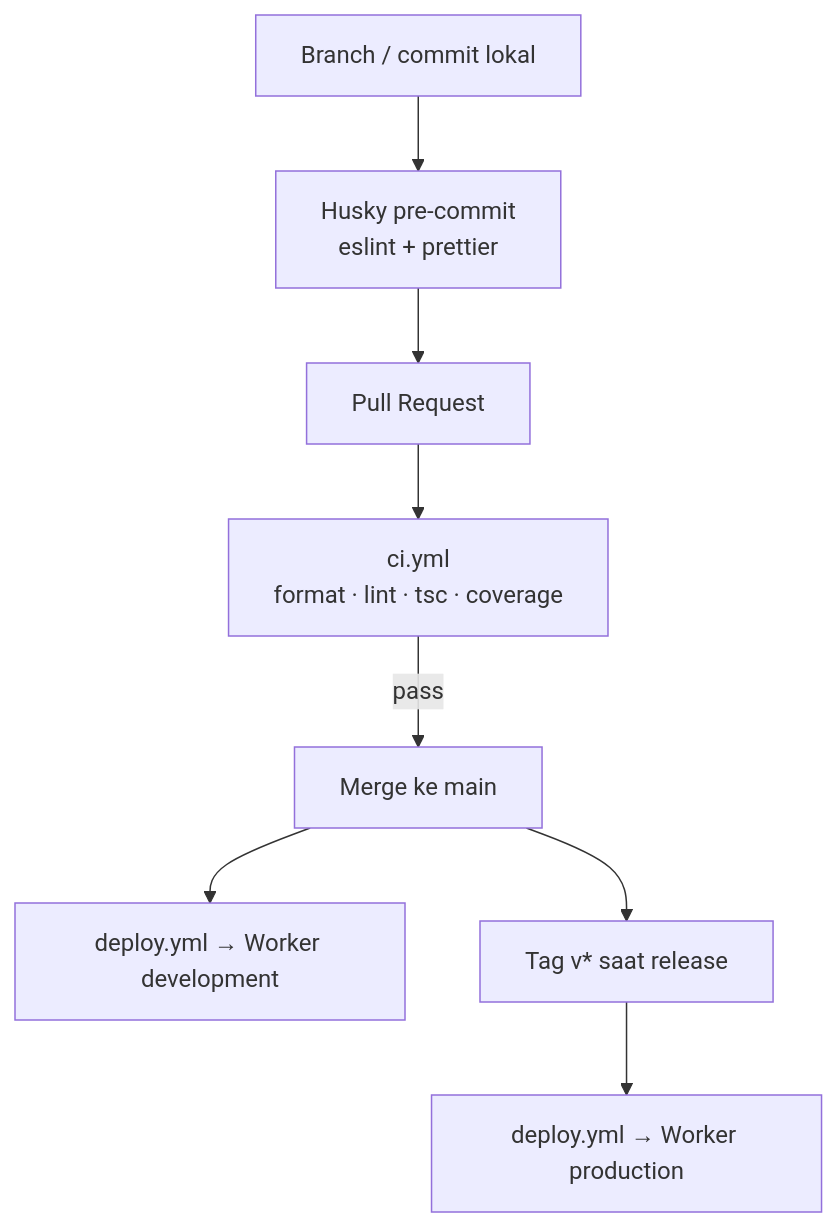
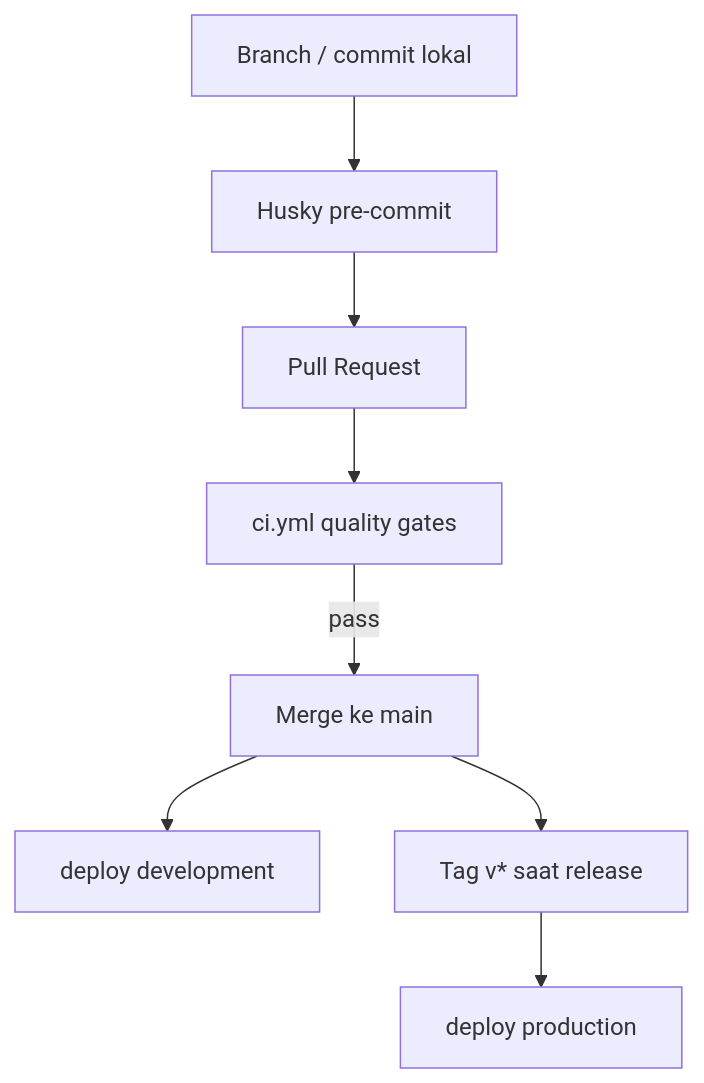
Before and after one commit to Capstone-Project-Team-B-2026/docs: the third of 3 diagrams in docs/sdlc.md, drawn with Mermaid. The commit also changed other lines of this file and 12 other files, not shown here.

First line of the commit message:
docs: lock v1.0 — face on-device, ERD, NFR, testing, and board hygiene

````diff
--- a/docs/sdlc.md
+++ b/docs/sdlc.md
@@ -210,10 +203,10 @@
 ```mermaid
 flowchart TB
-  Dev[Branch / commit lokal] --> Hook[Husky pre-commit<br/>eslint + prettier]
+  Dev[Branch / commit lokal] --> Hook[Husky pre-commit]
   Hook --> PR[Pull Request]
-  PR --> CI[ci.yml<br/>format · lint · tsc · coverage]
+  PR --> CI[ci.yml quality gates]
   CI -->|pass| Merge[Merge ke main]
-  Merge --> DevDeploy[deploy.yml → Worker development]
+  Merge --> DevDeploy[deploy development]
   Merge --> Tag[Tag v* saat release]
-  Tag --> ProdDeploy[deploy.yml → Worker production]
+  Tag --> ProdDeploy[deploy production]
 ```
````
